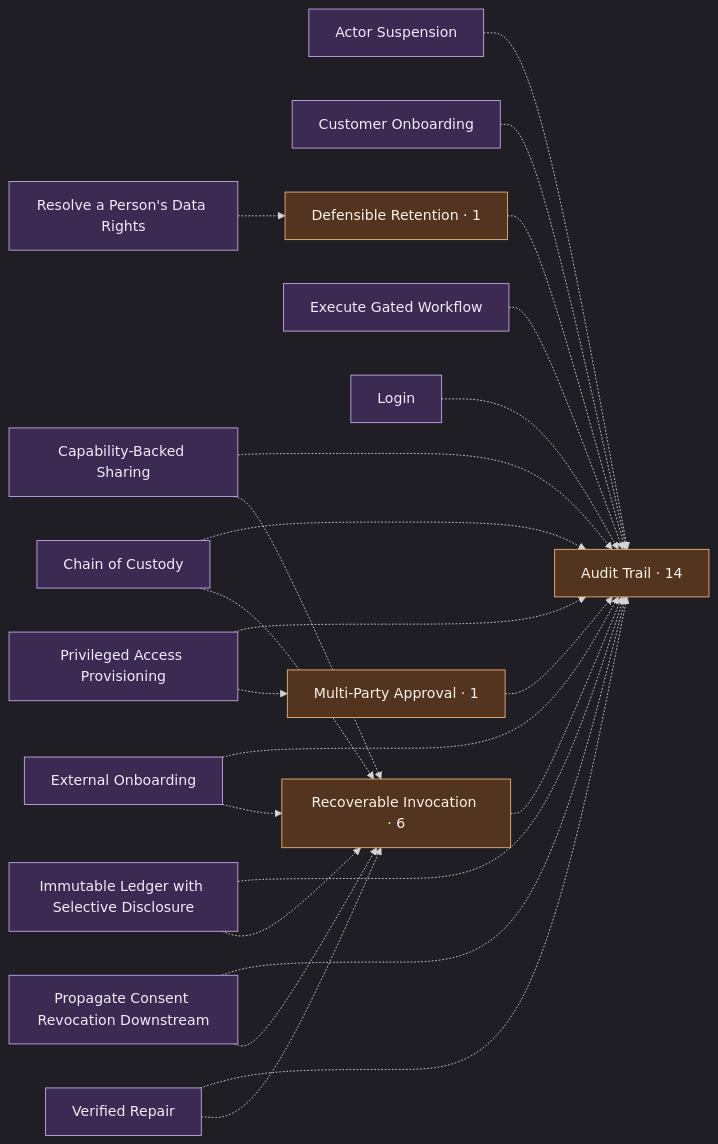
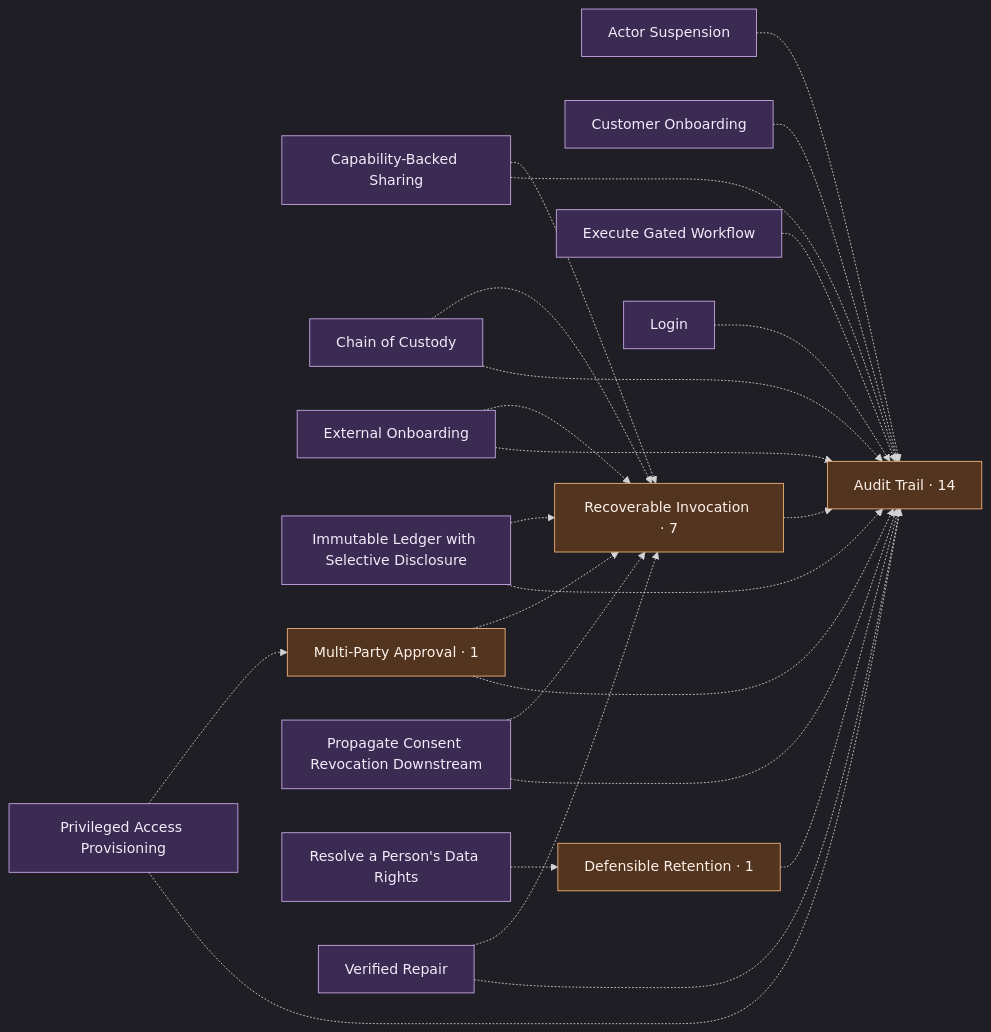
One commit to scottromack/grace-commons changed the first of 2 diagrams in graph.md. Above: the diagram before and after it, drawn with Mermaid. The commit also changed other lines of this file and 76 other files, not shown here.

````diff
--- a/graph.md
+++ b/graph.md
@@ -78,46 +78,47 @@
 ```mermaid
 %%{init: {"theme": "dark", "flowchart": {"htmlLabels": true}} }%%
 flowchart LR
   actor_suspension["Actor Suspension"]
   audit_trail["Audit Trail · 14"]
   capability_backed_sharing["Capability-Backed Sharing"]
   chain_of_custody["Chain of Custody"]
   customer_onboarding["Customer Onboarding"]
   defensible_retention["Defensible Retention · 1"]
   execute_gated_workflow["Execute Gated Workflow"]
   external_onboarding["External Onboarding"]
   immutable_ledger["Immutable Ledger with Selective Disclosure"]
   login["Login"]
   multi_party_approval["Multi-Party Approval · 1"]
   privileged_access_provisioning["Privileged Access Provisioning"]
   propagate_consent_revocation_downstream["Propagate Consent Revocation Downstream"]
-  recoverable_invocation["Recoverable Invocation · 6"]
+  recoverable_invocation["Recoverable Invocation · 7"]
   resolve_a_persons_data_rights["Resolve a Person's Data Rights"]
   verified_repair["Verified Repair"]
   actor_suspension -.-> audit_trail
   capability_backed_sharing -.-> audit_trail
   capability_backed_sharing -.-> recoverable_invocation
   chain_of_custody -.-> audit_trail
   chain_of_custody -.-> recoverable_invocation
   customer_onboarding -.-> audit_trail
   defensible_retention -.-> audit_trail
   execute_gated_workflow -.-> audit_trail
   external_onboarding -.-> audit_trail
   external_onboarding -.-> recoverable_invocation
   immutable_ledger -.-> audit_trail
   immutable_ledger -.-> recoverable_invocation
   login -.-> audit_trail
   multi_party_approval -.-> audit_trail
+  multi_party_approval -.-> recoverable_invocation
   privileged_access_provisioning -.-> audit_trail
   privileged_access_provisioning -.-> multi_party_approval
   propagate_consent_revocation_downstream -.-> audit_trail
   propagate_consent_revocation_downstream -.-> recoverable_invocation
   recoverable_invocation -.-> audit_trail
   resolve_a_persons_data_rights -.-> defensible_retention
   verified_repair -.-> audit_trail
   verified_repair -.-> recoverable_invocation
   classDef comp fill:#3b2a52,stroke:#c7a8e8,color:#f2ebfa;
   classDef spine fill:#52341f,stroke:#f0b27a,color:#fdf2e9;
   class actor_suspension,audit_trail,capability_backed_sharing,chain_of_custody,customer_onboarding,defensible_retention,execute_gated_workflow,external_onboarding,immutable_ledger,login,multi_party_approval,privileged_access_provisioning,propagate_consent_revocation_downstream,recoverable_invocation,resolve_a_persons_data_rights,verified_repair comp;
   class audit_trail,defensible_retention,multi_party_approval,recoverable_invocation spine;
 ```
````
